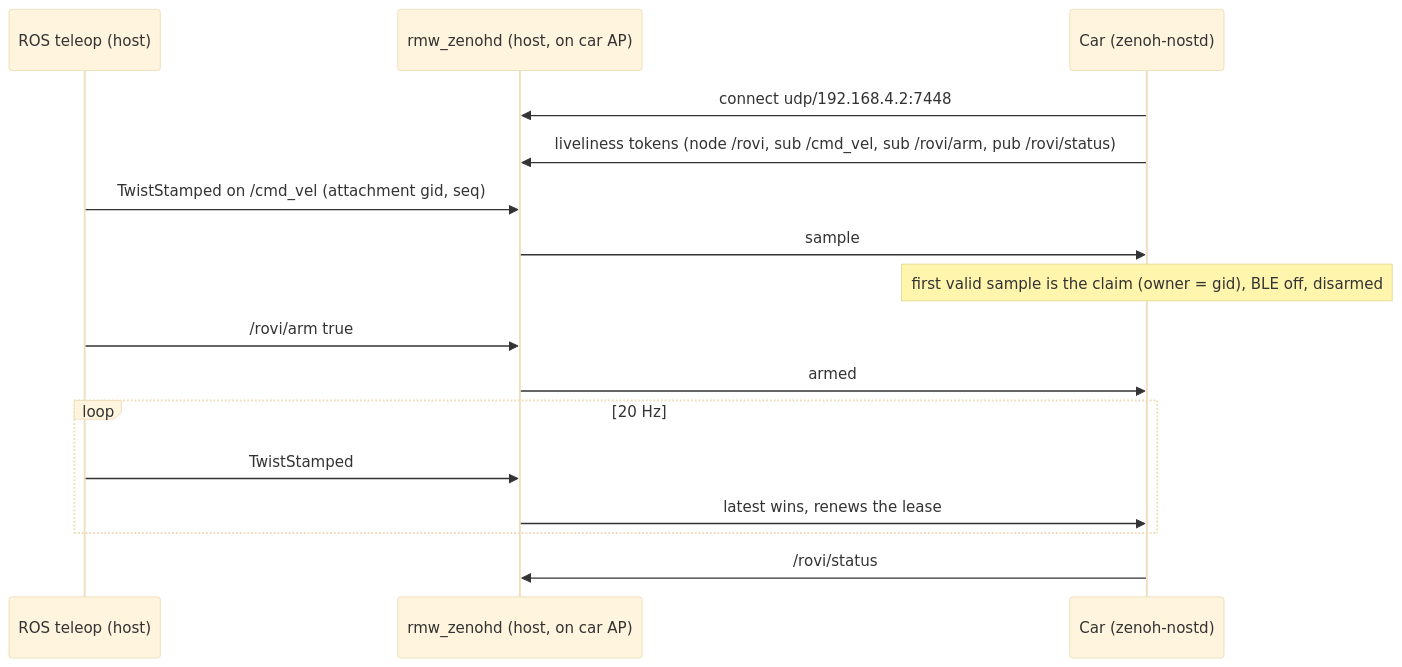
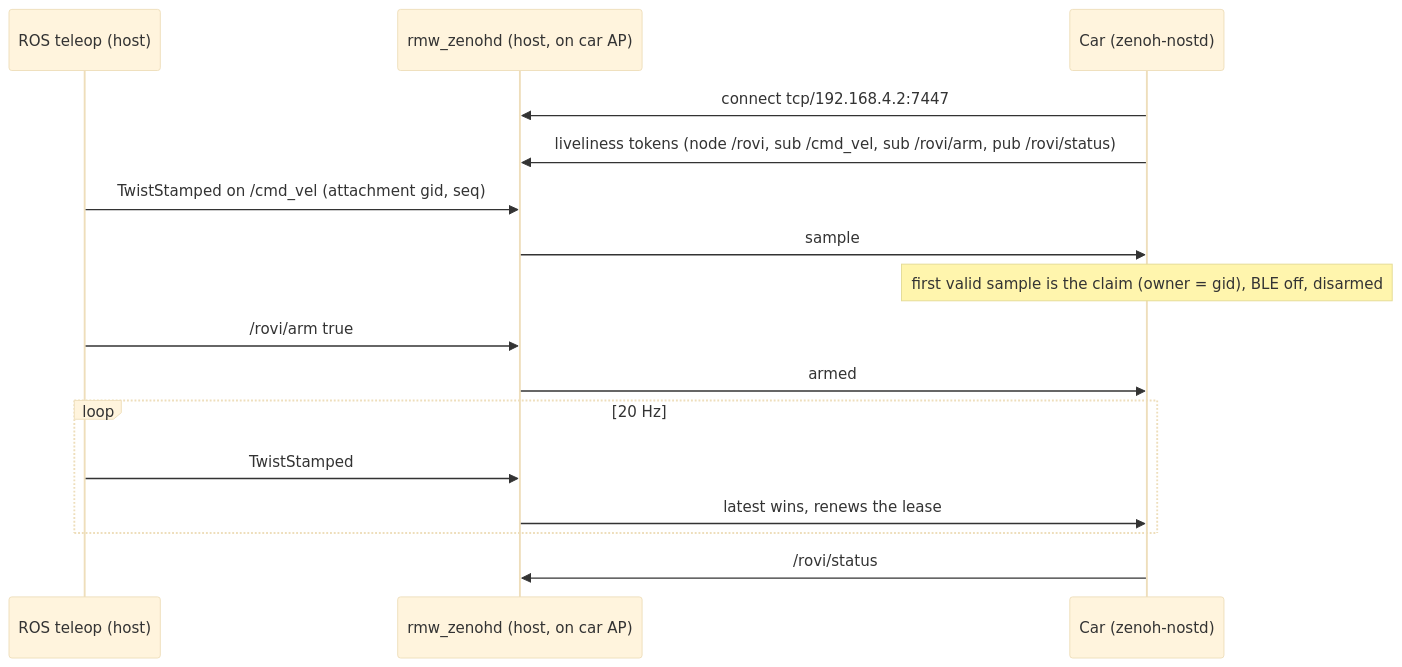
The third of 5 diagrams in experiments/rovi-m8-setpoint-ros/README.md (tptodorov/rovi), drawn with Mermaid (base theme) before and after one commit. The commit also changed other lines of this file and 9 other files, not shown here.

First line of the commit message:
feat(m8): reach the ROS router over TCP; the UDP listener can stop accepting after a stall (#33)

````diff
--- a/experiments/rovi-m8-setpoint-ros/README.md
+++ b/experiments/rovi-m8-setpoint-ros/README.md
@@ -149,18 +149,18 @@
 ```mermaid
 sequenceDiagram
     participant T as ROS teleop (host)
     participant R as rmw_zenohd (host, on car AP)
     participant C as Car (zenoh-nostd)
-    C->>R: connect udp/192.168.4.2:7448
+    C->>R: connect tcp/192.168.4.2:7447
     C->>R: liveliness tokens (node /rovi, sub /cmd_vel, sub /rovi/arm, pub /rovi/status)
     T->>R: TwistStamped on /cmd_vel (attachment gid, seq)
     R->>C: sample
     Note over C: first valid sample is the claim (owner = gid), BLE off, disarmed
     T->>R: /rovi/arm true
     R->>C: armed
     loop 20 Hz
         T->>R: TwistStamped
         R->>C: latest wins, renews the lease
     end
     C->>R: /rovi/status
 ```
````
